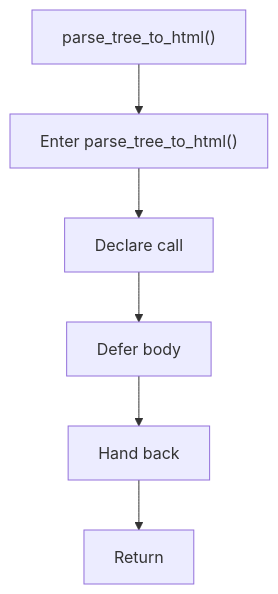
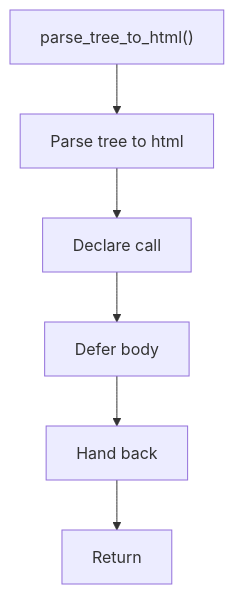
The diagram in docs/Codebase/Microservice/Modules/Header/SyntacticBrokenAST/Trees/Actual/Flow/functions/parse_tree_to_html.hpp.md (JohnAndrewBalbarosa/NeoTerritory), drawn with Mermaid before and after one commit. The commit also changed other lines of this file and 915 other files, not shown here.

````diff
--- a/docs/Codebase/Microservice/Modules/Header/SyntacticBrokenAST/Trees/Actual/Flow/functions/parse_tree_to_html.hpp.md
+++ b/docs/Codebase/Microservice/Modules/Header/SyntacticBrokenAST/Trees/Actual/Flow/functions/parse_tree_to_html.hpp.md
@@ -16,14 +16,14 @@
 ```mermaid
 flowchart TD
     Start["parse_tree_to_html()"]
-    N0["Enter parse_tree_to_html()"]
+    N0["Parse tree to html"]
     N1["Declare call"]
     N2["Defer body"]
     N3["Hand back"]
     End["Return"]
     Start --> N0
     N0 --> N1
     N1 --> N2
     N2 --> N3
     N3 --> End
 ```
````
